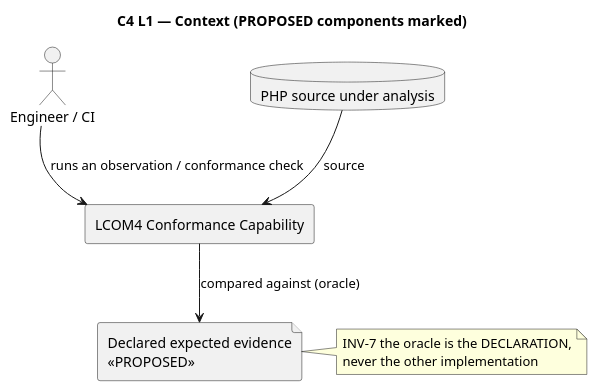
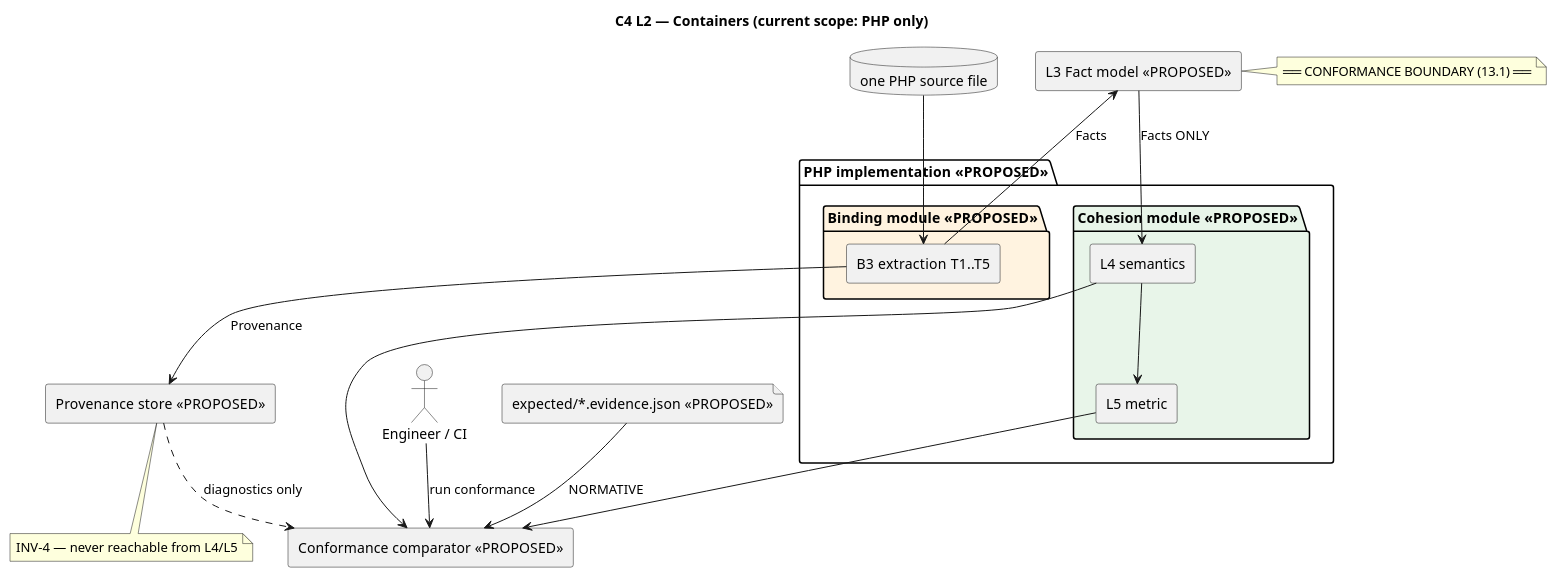
One commit to dr-roshyara/nrna1 changed the first of 4 diagrams in docs/publicdigit/reviews/2026-08-18-KOS-CONTRACT-NEUTRALITY-001-implementation-architecture.md. Above: the diagram before and after it, drawn with PlantUML. The commit also changed other lines of this file and 1 other file, not shown here.

First line of the commit message:
docs(architecture): FINAL implementation architecture for D/B3/C-as-completion -- gate passes, AMD1's principle does not

````diff
--- a/docs/publicdigit/reviews/2026-08-18-KOS-CONTRACT-NEUTRALITY-001-implementation-architecture.md
+++ b/docs/publicdigit/reviews/2026-08-18-KOS-CONTRACT-NEUTRALITY-001-implementation-architecture.md
@@ -426,18 +454,33 @@
 ```plantuml
 @startuml
-title C4 L1 — Context (PROPOSED components marked)
+title C4 L2 — Containers (current scope: PHP only)
 skinparam componentStyle rectangle
 actor "Engineer / CI" as U
-rectangle "LCOM4 Conformance Capability" as SYS {
+package "PHP implementation  <<PROPOSED>>" {
+  package "Binding module  <<PROPOSED>>" #FFF3E0 {
+    [B3 extraction  T1..T5] as B3
+  }
+  package "Cohesion module  <<PROPOSED>>" #E8F5E9 {
+    [L4 semantics] as L4
+    [L5 metric] as L5
+  }
 }
-database "PHP source under analysis" as SRC
-file "Declared expected evidence\n<<PROPOSED>>" as EXP
-U --> SYS : runs an observation / conformance check
-SRC --> SYS : source
-SYS --> EXP : compared against (oracle)
-note right of EXP
-  INV-7 the oracle is the DECLARATION,
-  never the other implementation
-end note
+[L3 Fact model  <<PROPOSED>>] as L3
+[Provenance store  <<PROPOSED>>] as PROV
+[Conformance comparator  <<PROPOSED>>] as CMP
+file "expected/*.evidence.json  <<PROPOSED>>" as EXP
+database "one PHP source file" as SRC
+U --> CMP : run conformance
+SRC --> B3
+B3 --> L3 : Facts
+B3 --> PROV : Provenance
+L3 --> L4 : Facts ONLY
+L4 --> L5
+L4 --> CMP
+L5 --> CMP
+EXP --> CMP : NORMATIVE
+PROV ..> CMP : diagnostics only
+note right of L3 : ══ CONFORMANCE BOUNDARY (13.1) ══
+note bottom of PROV : INV-4 — never reachable from L4/L5
 @enduml
 ```
````
